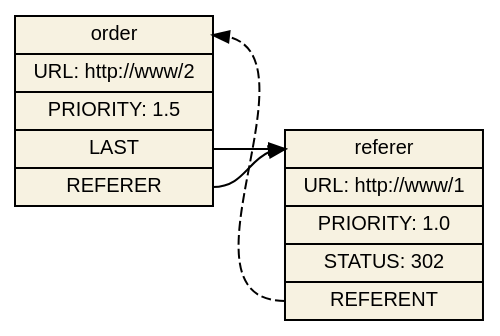
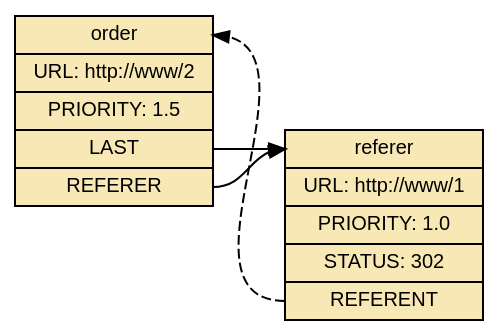
One commit to dekellum/iudex changed the diagram in www/_dot/redirect_orders_1.dot. Above: the diagram before and after it, drawn with Graphviz. The commit also changed 10 other files, not shown here.

```diff
--- a/www/_dot/redirect_orders_1.dot
+++ b/www/_dot/redirect_orders_1.dot
@@ -1,17 +1,17 @@
 digraph "iudex-gems" {
   rankdir=LR;
   bgcolor="transparent";
   edge [ arrowsize=0.80 ];
-  node [ shape=box, style="filled", fillcolor="#f7f2e1", fontsize=10, fontname=Arial ];
+  node [ shape=box, style="filled", fillcolor="#f7e8b5", fontsize=10, fontname=Arial ];
 
   order        [ shape=record,
                  label="<t>order|URL: http://www/2|PRIORITY: 1.5|<l>LAST|<rf>REFERER" ];
 
   referer      [ shape=record,
                  label="<t>referer|URL: http://www/1|PRIORITY: 1.0|STATUS: 302|<rt>REFERENT" ];
 
   order:rf   -> referer:t;
   referer:rt -> order:t [ style=dashed ];
 
   order:l    -> referer:t;
 }
```
